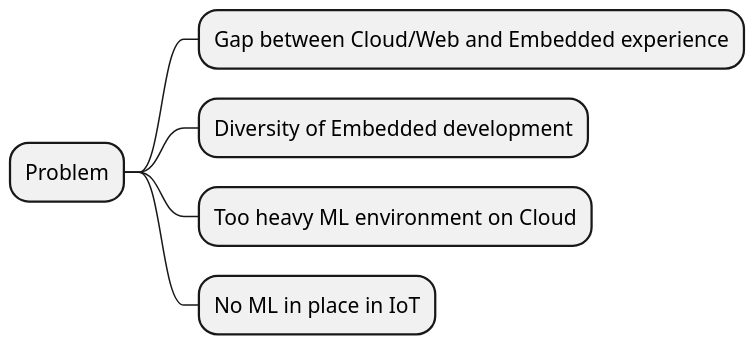
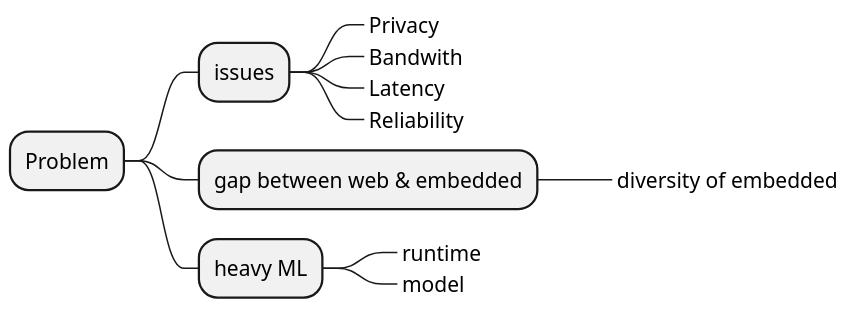
One commit to doyu/elc2019 changed the diagram in summary-problem.puml. Above: the diagram before and after it, drawn with PlantUML. The commit also changed 2 other files, not shown here.

```diff
--- a/summary-problem.puml
+++ b/summary-problem.puml
@@ -1,8 +1,15 @@
 @startmindmap
 scale 1.5
 * Problem
-** Gap between Cloud/Web and Embedded experience
-** Diversity of Embedded development
-** Too heavy ML environment on Cloud
-** No ML in place in IoT
+** issues
+***_ Privacy
+***_ Bandwith
+***_ Latency
+***_ Reliability
+** gap between web & embedded
+***_ diversity of embedded
+** heavy ML
+***_ runtime
+***_ model
+
 @endmindmap
```
